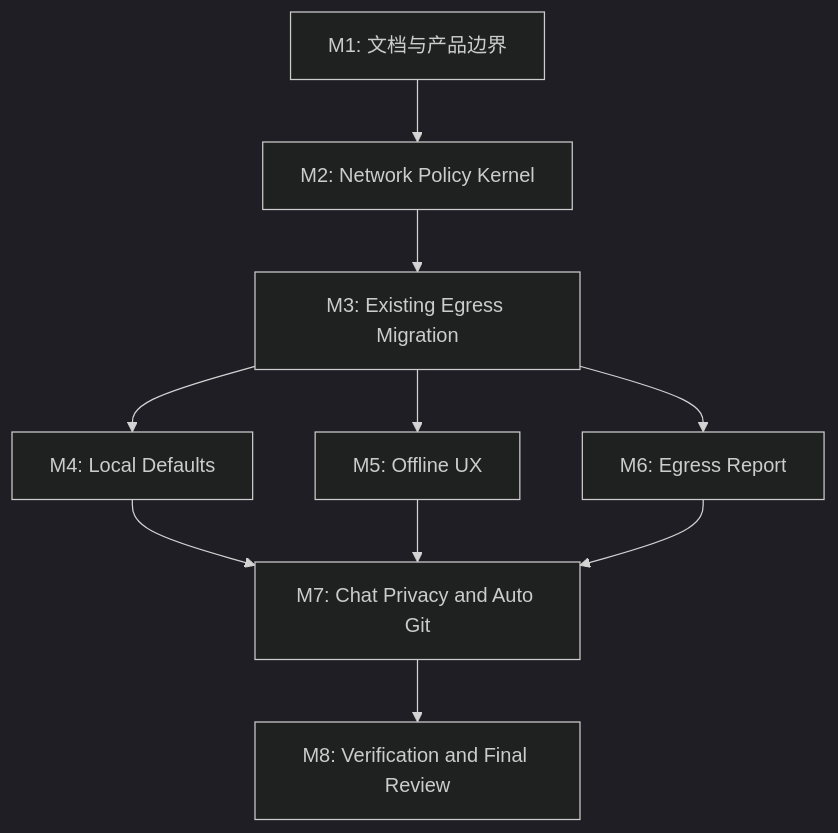
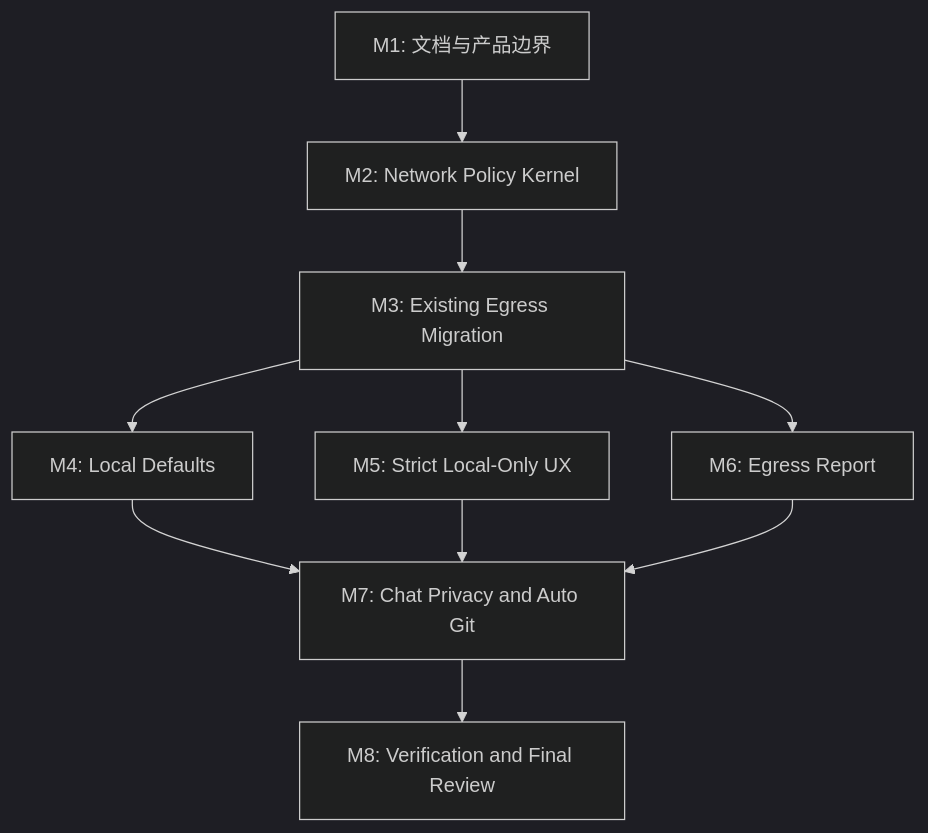
One commit to hammersmith-xie/llm_wiki_v2 changed the diagram in docs/llm-wiki-v2-local-first-compute-closure/tasks.md. Above: the diagram before and after it, drawn with Mermaid (dark theme). The commit also changed other lines of this file and 3 other files, not shown here.

````diff
--- a/docs/llm-wiki-v2-local-first-compute-closure/tasks.md
+++ b/docs/llm-wiki-v2-local-first-compute-closure/tasks.md
@@ -31,12 +31,12 @@
 ```mermaid
 graph TD
   M1[M1: 文档与产品边界] --> M2[M2: Network Policy Kernel]
   M2 --> M3[M3: Existing Egress Migration]
   M3 --> M4[M4: Local Defaults]
-  M3 --> M5[M5: Offline UX]
+  M3 --> M5[M5: Strict Local-Only UX]
   M3 --> M6[M6: Egress Report]
   M4 --> M7[M7: Chat Privacy and Auto Git]
   M5 --> M7
   M6 --> M7
   M7 --> M8[M8: Verification and Final Review]
 ```
````
